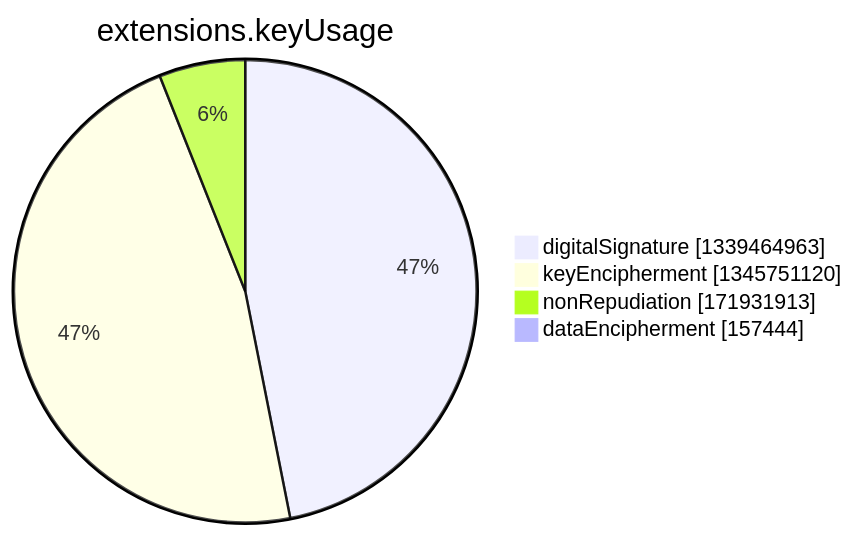
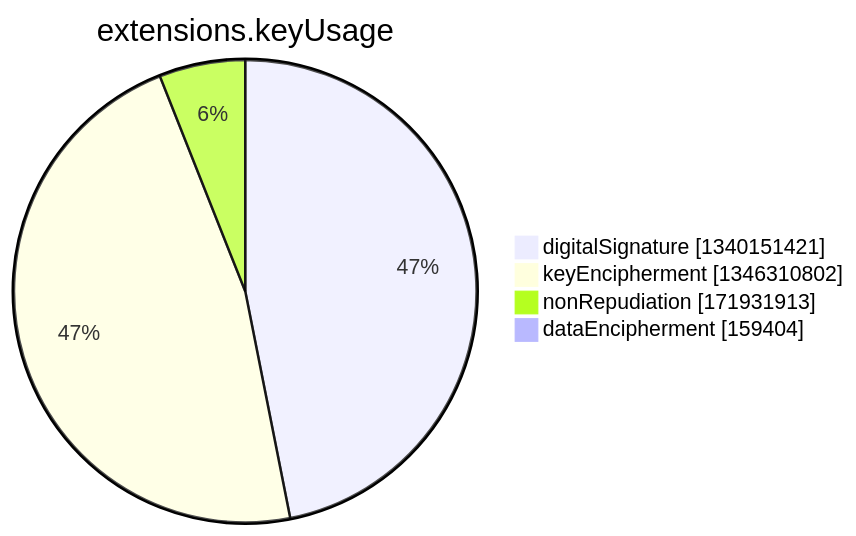
One commit to christiankrug/ctmonitor_visualization changed the seventh of 15 diagrams in argon2022/README.md. Above: the diagram before and after it, drawn with Mermaid. The commit also changed other lines of this file, not shown here.

````diff
--- a/argon2022/README.md
+++ b/argon2022/README.md
@@ -2750,8 +2750,8 @@
 ```mermaid
 pie showData
 title extensions.keyUsage
-"digitalSignature" :1339464963
-"keyEncipherment" :1345751120
+"digitalSignature" :1340151421
+"keyEncipherment" :1346310802
 "nonRepudiation" :171931913
-"dataEncipherment" :157444
+"dataEncipherment" :159404
 ```
````
